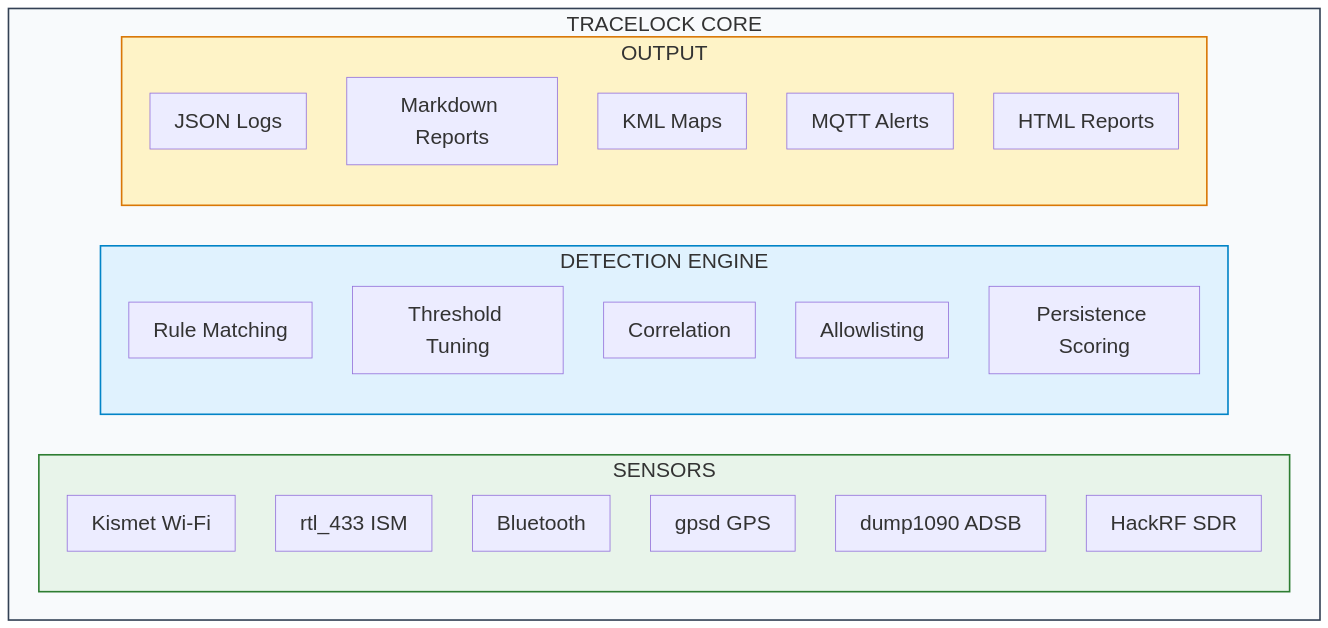
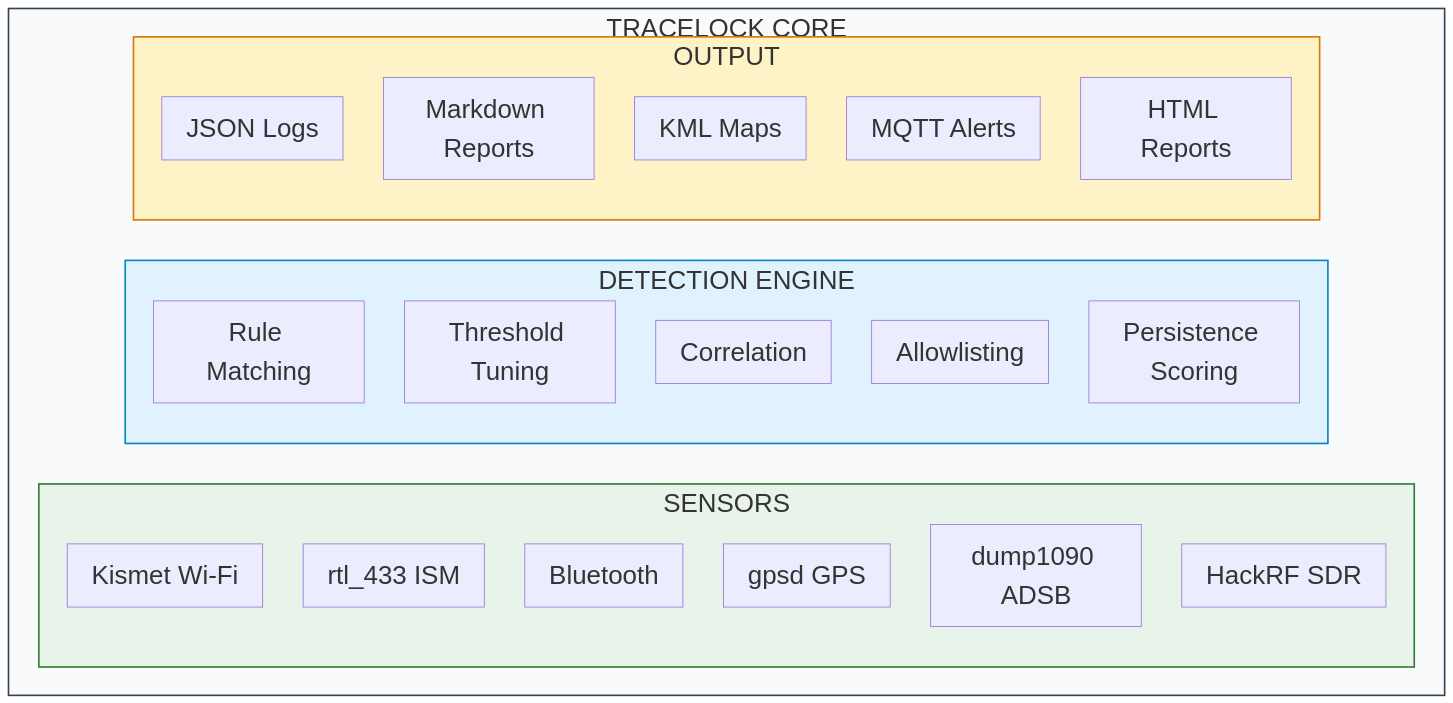
The second of 3 diagrams in docs/cybersecurity/tracelock.md (Pharns/portfolio), drawn with Mermaid before and after one commit. The commit also changed other lines of this file, not shown here.

Commit message:
Increase TraceLock diagram font size again

````diff
--- a/docs/cybersecurity/tracelock.md
+++ b/docs/cybersecurity/tracelock.md
@@ -159,34 +159,34 @@
 ```mermaid
-%%{init: {"themeVariables": {"fontSize": "26px"}}}%%
+%%{init: {"themeVariables": {"fontSize": "32px"}}}%%
 flowchart LR
     subgraph CORE["TRACELOCK CORE"]
         direction LR
         subgraph S["SENSORS"]
             S1["Kismet Wi-Fi"]
             S2["rtl_433 ISM"]
             S3["Bluetooth"]
             S4["gpsd GPS"]
             S5["dump1090 ADSB"]
             S6["HackRF SDR"]
         end
         subgraph D["DETECTION ENGINE"]
             D1["Rule Matching"]
             D2["Threshold Tuning"]
             D3["Correlation"]
             D4["Allowlisting"]
             D5["Persistence Scoring"]
         end
         subgraph O["OUTPUT"]
             O1["JSON Logs"]
             O2["Markdown Reports"]
             O3["KML Maps"]
             O4["MQTT Alerts"]
             O5["HTML Reports"]
         end
     end
 
     style CORE fill:#f8fafc,stroke:#334155,stroke-width:2px
     style S fill:#e8f4ea,stroke:#2e7d32,stroke-width:2px
     style D fill:#e0f2fe,stroke:#0284c7,stroke-width:2px
     style O fill:#fef3c7,stroke:#d97706,stroke-width:2px
 ```
````
